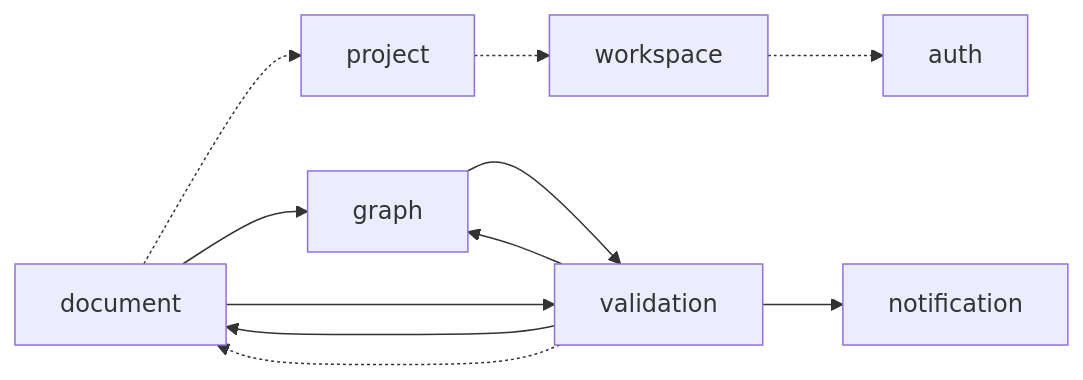
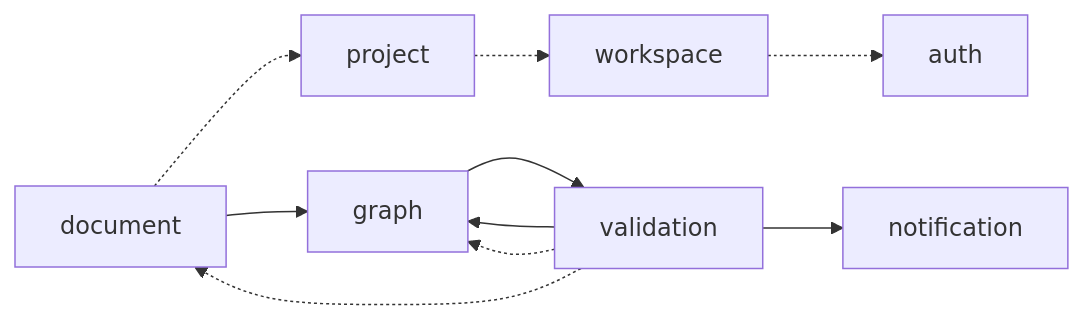
Before and after one commit to ladinzgit/doc-graph: the first of 3 diagrams in docs/domains.md, drawn with Mermaid.

Commit message:
docs(domains): 도메인 관계 flowchart 엣지 정정
- 근거 없는 validation↔document 실선 두 개 제거
- 누락됐던 validation→graph 점선(FindEdgeByIdQuery) 추가

````diff
--- a/docs/domains.md
+++ b/docs/domains.md
@@ -7,22 +7,21 @@
 ```mermaid
 flowchart LR
     Auth[auth]
     Workspace[workspace]
     Project[project]
     Document[document]
     Graph[graph]
     Validation[validation]
     Notification[notification]
 
     Workspace -.-> Auth
     Project -.-> Workspace
     Document -.-> Project
 
     Document --> Graph
     Graph --> Validation
     Validation --> Graph
     Validation --> Notification
-    Validation --> Document
-    Document --> Validation
+    Validation -.-> Graph
     Validation -.-> Document
 ```
````
